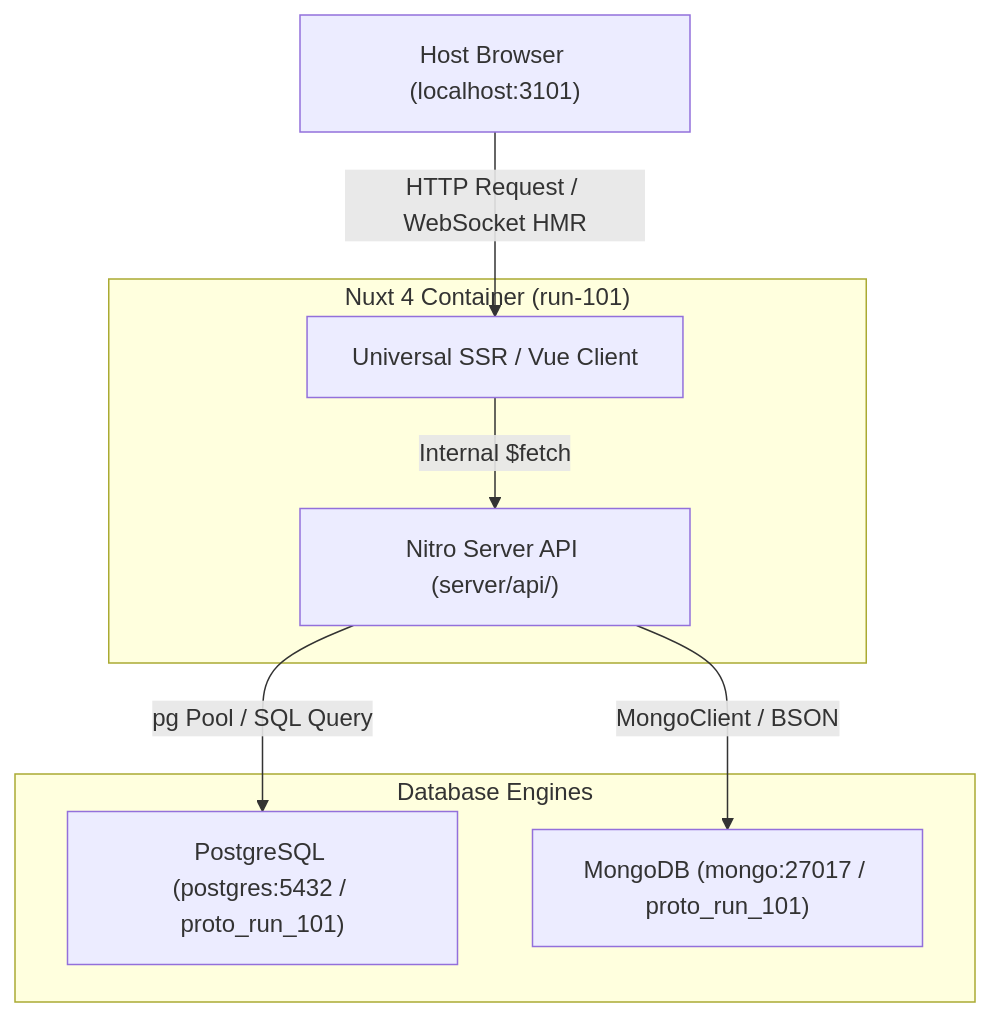
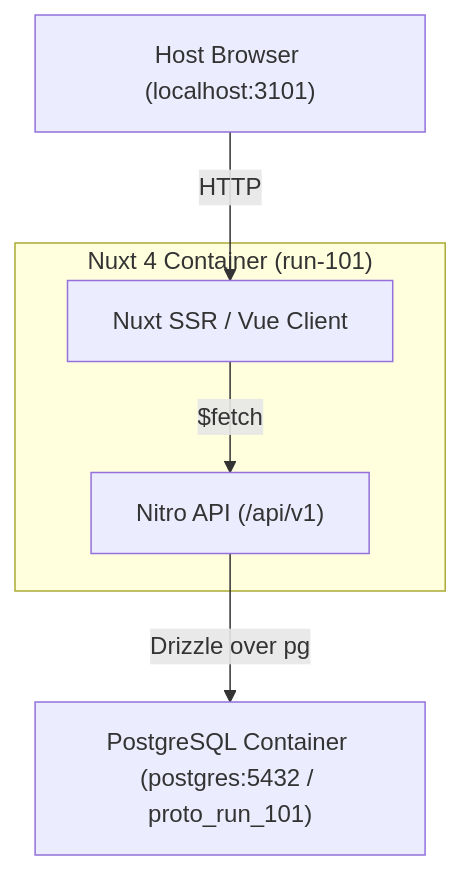
Before and after one commit to dltslt/42-tc-proto-docker: the diagram in docs/run-101/design.md, drawn with Mermaid. The commit also changed other lines of this file and 27 other files, not shown here.

````diff
--- a/docs/run-101/design.md
+++ b/docs/run-101/design.md
@@ -8,19 +9,15 @@
 ```mermaid
 flowchart TD
     Browser["Host Browser (localhost:3101)"]
-    
+
     subgraph Container["Nuxt 4 Container (run-101)"]
-        Universal["Universal SSR / Vue Client"]
-        NitroAPI["Nitro Server API (server/api/)"]
-    end
-    
-    subgraph Databases["Database Engines"]
-        PG["PostgreSQL (postgres:5432 / proto_run_101)"]
-        Mongo["MongoDB (mongo:27017 / proto_run_101)"]
+        Universal["Nuxt SSR / Vue Client"]
+        NitroAPI["Nitro API (/api/v1)"]
     end
 
-    Browser -->|HTTP Request / WebSocket HMR| Universal
-    Universal -->|Internal $fetch| NitroAPI
-    NitroAPI -->|pg Pool / SQL Query| PG
-    NitroAPI -->|MongoClient / BSON| Mongo
+    PG["PostgreSQL Container (postgres:5432 / proto_run_101)"]
+
+    Browser -->|HTTP| Universal
+    Universal -->|$fetch| NitroAPI
+    NitroAPI -->|Drizzle over pg| PG
 ```
````
